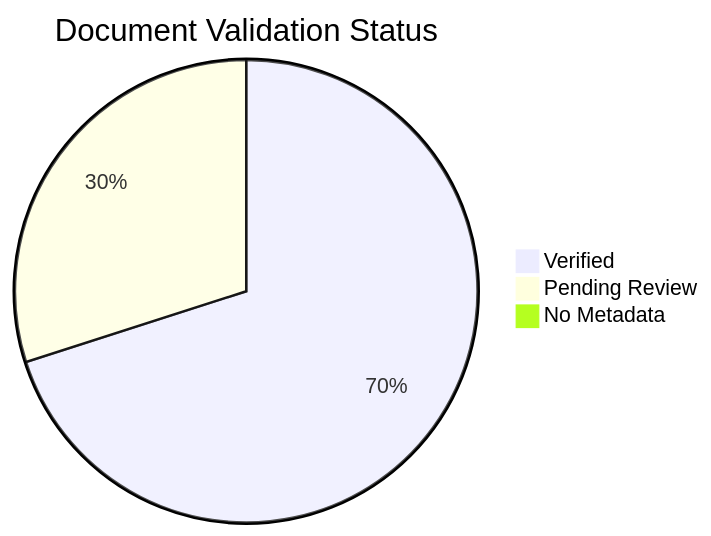
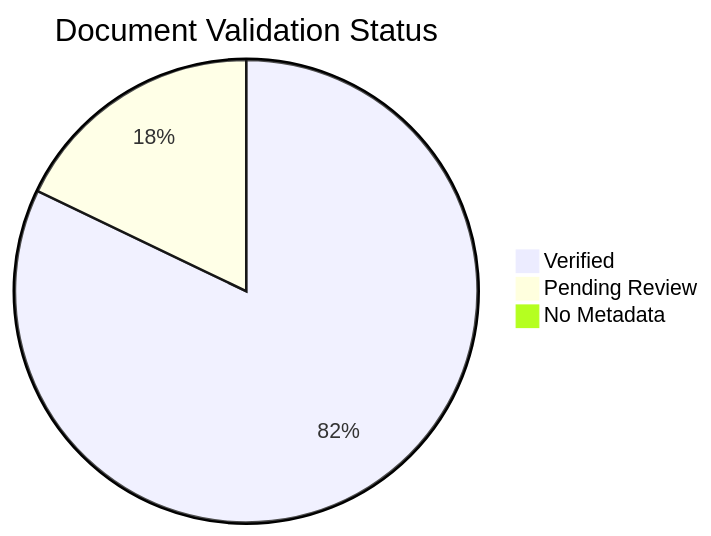
One commit to yeongseon/azure-container-apps-practical-guide changed the diagram in docs/reference/content-validation-status.md. Above: the diagram before and after it, drawn with Mermaid. The commit also changed other lines of this file and 26 other files, not shown here.

````diff
--- a/docs/reference/content-validation-status.md
+++ b/docs/reference/content-validation-status.md
@@ -35,6 +35,6 @@
 ```mermaid
 pie title Document Validation Status
-    "Verified" : 145
-    "Pending Review" : 62
+    "Verified" : 170
+    "Pending Review" : 37
     "No Metadata" : 1
 ```
````
